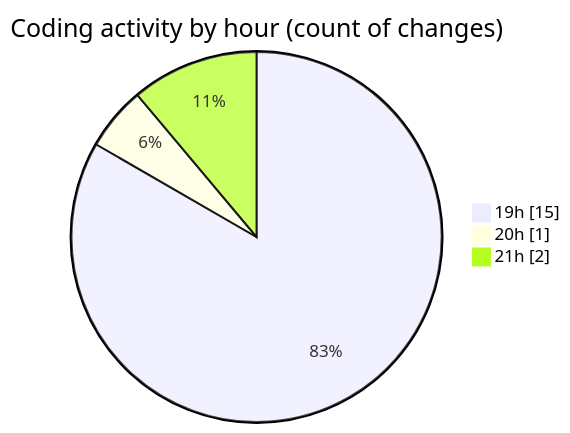
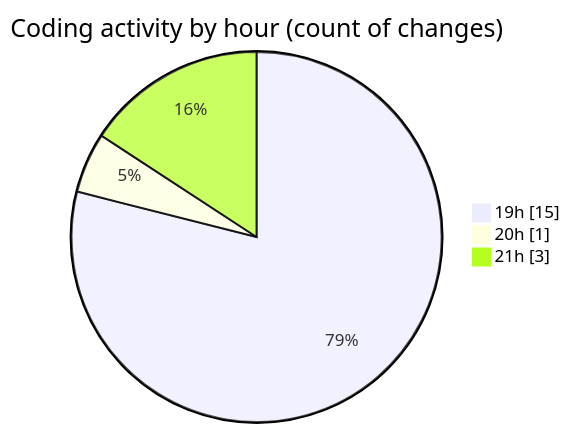
Before and after one commit to JenPaints/code-tracking: the second of 2 diagrams in 2025-06-20/archive/README.md, drawn with Mermaid. The commit also changed other lines of this file and 1 other file, not shown here.

````diff
--- a/2025-06-20/archive/README.md
+++ b/2025-06-20/archive/README.md
@@ -43,7 +44,7 @@
 ```mermaid
 pie showData
 title Coding activity by hour (count of changes)
 "19h" : 15
 "20h" : 1
-"21h" : 2
+"21h" : 3
 ```
````
